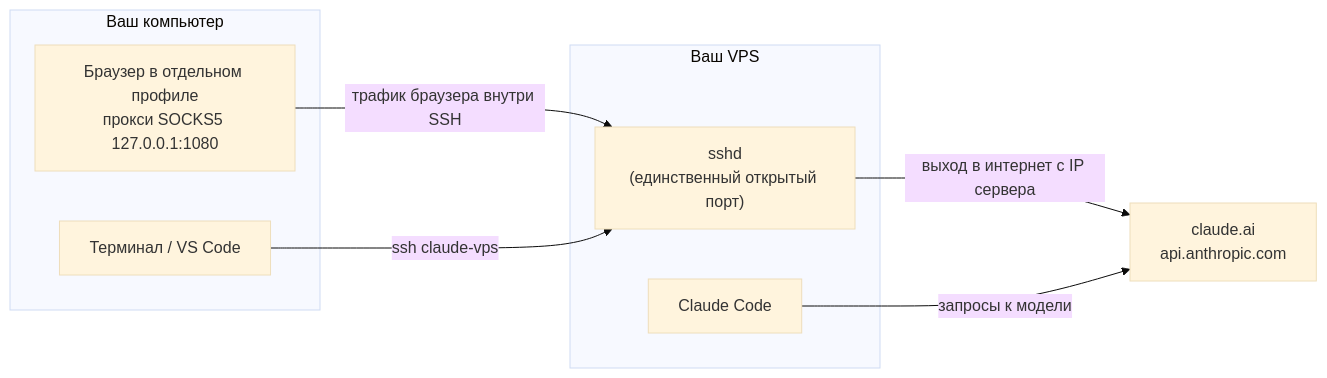
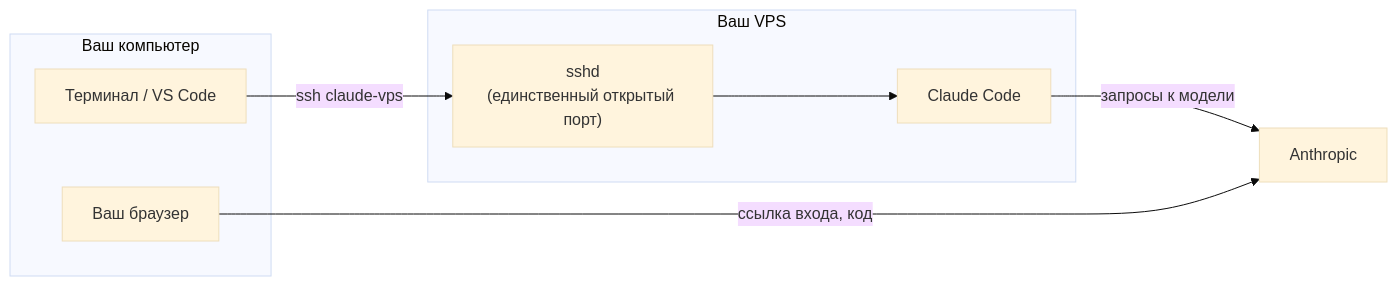
The diagram in README.md (Djam36/claude-code-vps), drawn with Mermaid (base theme) before and after one commit. The commit also changed other lines of this file and 4 other files, not shown here.

````diff
--- a/README.md
+++ b/README.md
@@ -54,16 +47,16 @@
 ```mermaid
 flowchart LR
     subgraph PC["Ваш компьютер"]
-        B["Браузер в отдельном профиле<br/>прокси SOCKS5 127.0.0.1:1080"]
         T["Терминал / VS Code"]
+        B["Ваш браузер"]
     end
     subgraph VPS["Ваш VPS"]
         S["sshd<br/>(единственный открытый порт)"]
         C["Claude Code"]
     end
-    A["claude.ai<br/>api.anthropic.com"]
-    B -- "трафик браузера внутри SSH" --> S
+    A["Anthropic"]
     T -- "ssh claude-vps" --> S
-    S -- "выход в интернет с IP сервера" --> A
+    S --> C
     C -- "запросы к модели" --> A
+    B -- "ссылка входа, код" --> A
 ```
````
